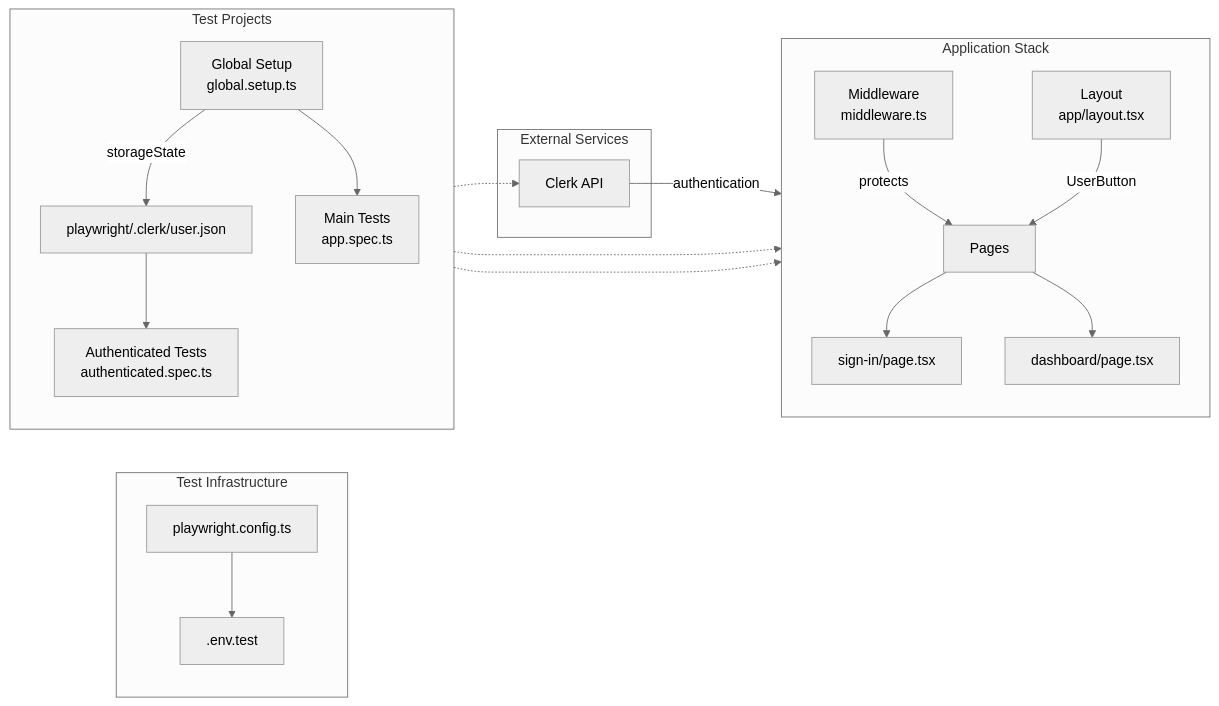
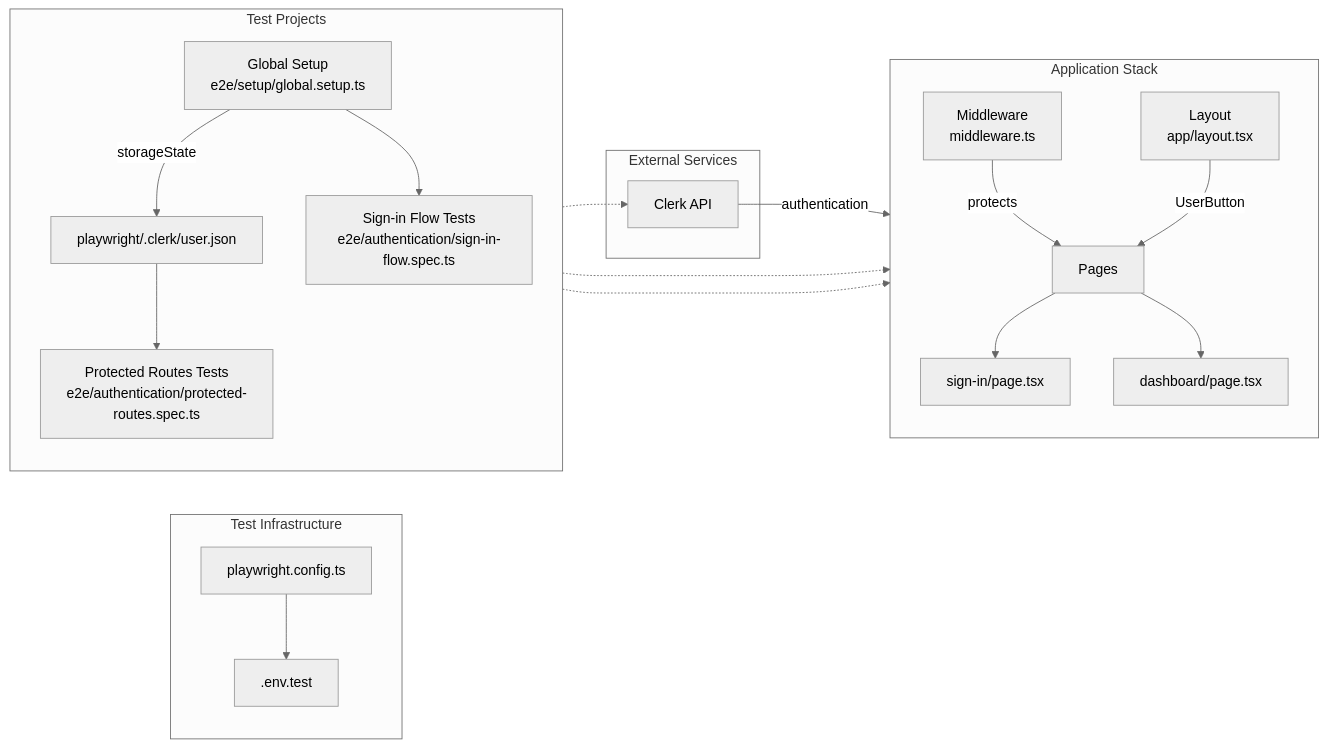
Before and after one commit to kindcreator/awesome-remote-teams-expectations: the first of 3 diagrams in docs/testing/architecture.md, drawn with Mermaid (neutral theme). The commit also changed other lines of this file and 1 other file, not shown here.

First line of the commit message:
Remove real-auth-setup.md and update E2E test structure.

````diff
--- a/docs/testing/architecture.md
+++ b/docs/testing/architecture.md
@@ -5,41 +5,41 @@
 ```mermaid
 graph LR
     subgraph "Test Infrastructure"
         PC[playwright.config.ts]
         ENV[.env.test]
         PC --> ENV
     end
     
     subgraph "Test Projects"
         direction TB
-        GP[Global Setup<br/>global.setup.ts]
-        MP[Main Tests<br/>app.spec.ts]
-        AP[Authenticated Tests<br/>authenticated.spec.ts]
+        GP[Global Setup<br/>e2e/setup/global.setup.ts]
+        MP[Sign-in Flow Tests<br/>e2e/authentication/sign-in-flow.spec.ts]
+        AP[Protected Routes Tests<br/>e2e/authentication/protected-routes.spec.ts]
         
         GP --> |storageState| SS[playwright/.clerk/user.json]
         SS --> AP
         GP --> MP
     end
     
     subgraph "Application Stack"
         direction TB
         MW[Middleware<br/>middleware.ts]
         LAYOUT[Layout<br/>app/layout.tsx]
         PAGES[Pages]
         
         MW --> |protects| PAGES
         LAYOUT --> |UserButton| PAGES
         
         PAGES --> SIGNIN[sign-in/page.tsx]
         PAGES --> DASHBOARD[dashboard/page.tsx]
     end
     
     subgraph "External Services"
         CLERK[Clerk API]
         CLERK --> |authentication| MW
     end
     
     MP -.-> SIGNIN
     AP -.-> DASHBOARD
     GP -.-> CLERK
 ```
````
